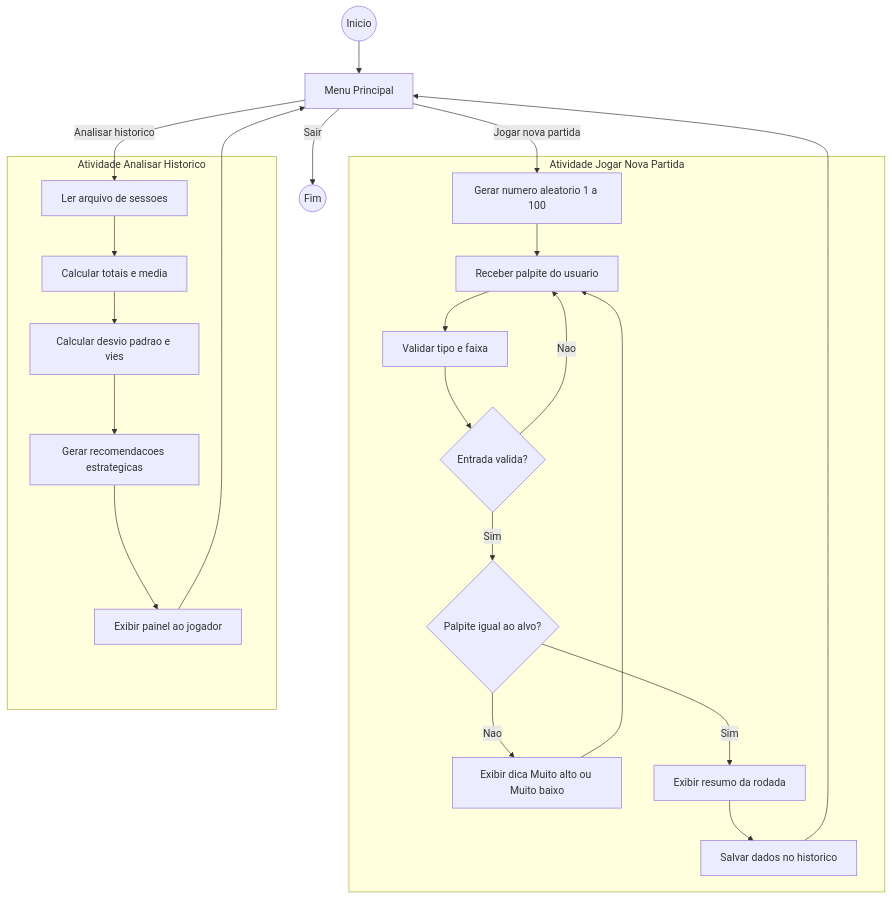
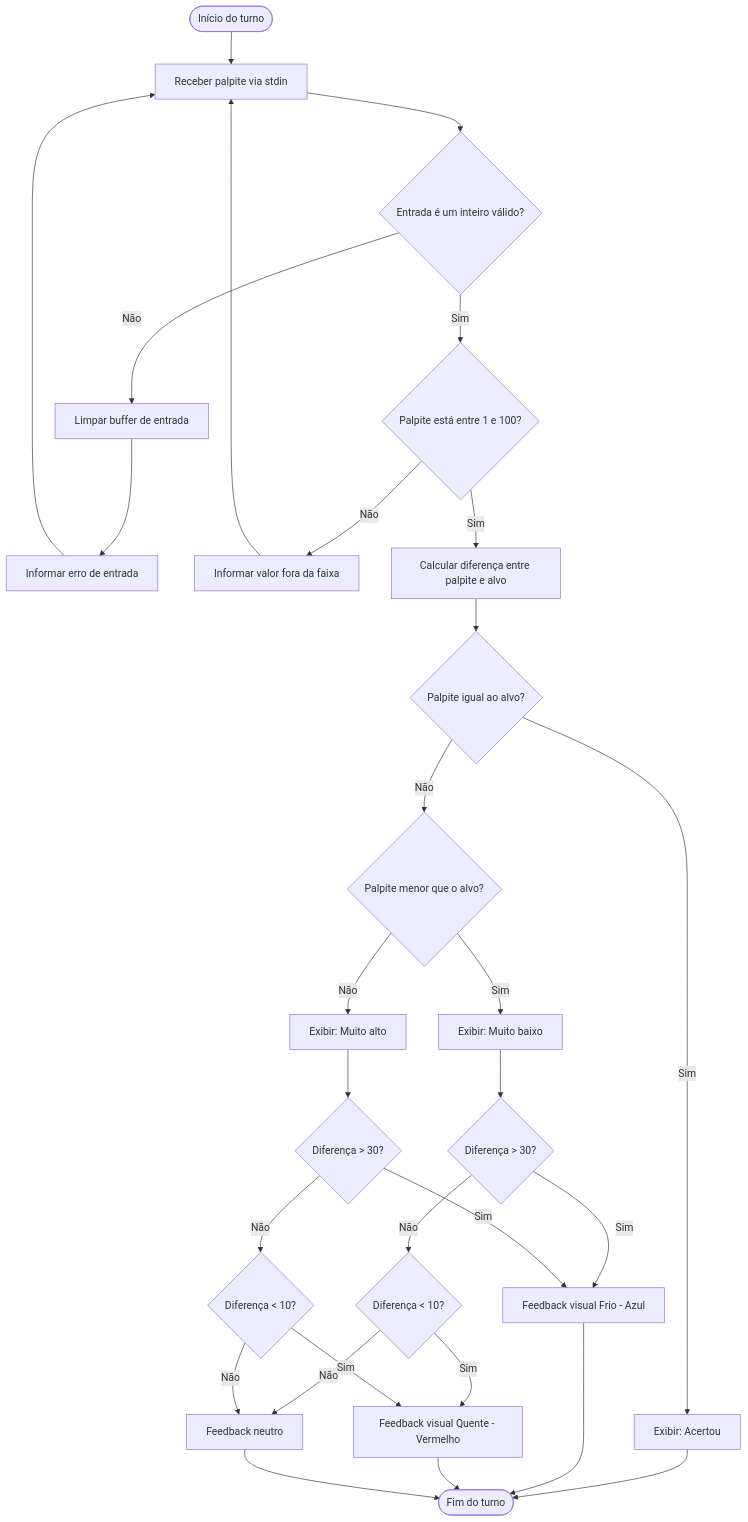
The second of 10 diagrams in README.md (egs3-coder/Projeto-Interno), drawn with Mermaid before and after one commit. The commit also changed other lines of this file, not shown here.

````diff
--- a/README.md
+++ b/README.md
@@ -57,62 +73,40 @@
 ```mermaid
 flowchart TD
+    A([Início do turno]) --> B[Receber palpite via stdin]
+    B --> C{Entrada é um inteiro válido?}
 
-    Inicio((Inicio)) --> Menu[Menu Principal]
+    C -- Não --> D[Limpar buffer de entrada]
+    D --> E[Informar erro de entrada]
+    E --> B
 
-    Menu -->|Jogar nova partida| GerarAlvo
-    Menu -->|Analisar historico| LerArquivo
-    Menu -->|Sair| Fim((Fim))
+    C -- Sim --> F{Palpite está entre 1 e 100?}
+    F -- Não --> G[Informar valor fora da faixa]
+    G --> B
 
-    %% =========================
-    %% ATIVIDADE: JOGAR
-    %% =========================
+    F -- Sim --> H[Calcular diferença entre palpite e alvo]
+    H --> I{Palpite igual ao alvo?}
 
-    subgraph Jogar [Atividade Jogar Nova Partida]
+    I -- Sim --> J[Exibir: Acertou]
+    J --> K([Fim do turno])
 
-        GerarAlvo[Gerar numero aleatorio 1 a 100]
-        ReceberPalpite[Receber palpite do usuario]
-        ValidarEntrada[Validar tipo e faixa]
-        DecEntrada{Entrada valida?}
-        DecAcerto{Palpite igual ao alvo?}
-        Dica[Exibir dica Muito alto ou Muito baixo]
-        Resumo[Exibir resumo da rodada]
-        Salvar[Salvar dados no historico]
+    I -- Não --> L{Palpite menor que o alvo?}
+    L -- Sim --> M[Exibir: Muito baixo]
+    L -- Não --> N[Exibir: Muito alto]
 
-        GerarAlvo --> ReceberPalpite
-        ReceberPalpite --> ValidarEntrada
-        ValidarEntrada --> DecEntrada
+    M --> O{Diferença > 30?}
+    N --> P{Diferença > 30?}
 
-        DecEntrada -- Nao --> ReceberPalpite
-        DecEntrada -- Sim --> DecAcerto
+    O -- Sim --> Q[Feedback visual Frio - Azul]
+    O -- Não --> R{Diferença < 10?}
+    P -- Sim --> Q
+    P -- Não --> S{Diferença < 10?}
 
-        DecAcerto -- Nao --> Dica
-        Dica --> ReceberPalpite
+    R -- Sim --> T[Feedback visual Quente - Vermelho]
+    R -- Não --> U[Feedback neutro]
+    S -- Sim --> T
+    S -- Não --> U
 
-        DecAcerto -- Sim --> Resumo
-        Resumo --> Salvar
-
-    end
-
-    Salvar --> Menu
-
-    %% =========================
-    %% ATIVIDADE: ANALISAR
-    %% =========================
-
-    subgraph Analisar [Atividade Analisar Historico]
-
-        LerArquivo[Ler arquivo de sessoes]
-        Agregacao[Calcular totais e media]
-        Estatistica[Calcular desvio padrao e vies]
-        Heuristica[Gerar recomendacoes estrategicas]
-        Exibir[Exibir painel ao jogador]
-
-        LerArquivo --> Agregacao
-        Agregacao --> Estatistica
-        Estatistica --> Heuristica
-        Heuristica --> Exibir
-
-    end
-
-    Exibir --> Menu
+    Q --> K
+    T --> K
+    U --> K
 ```
````
